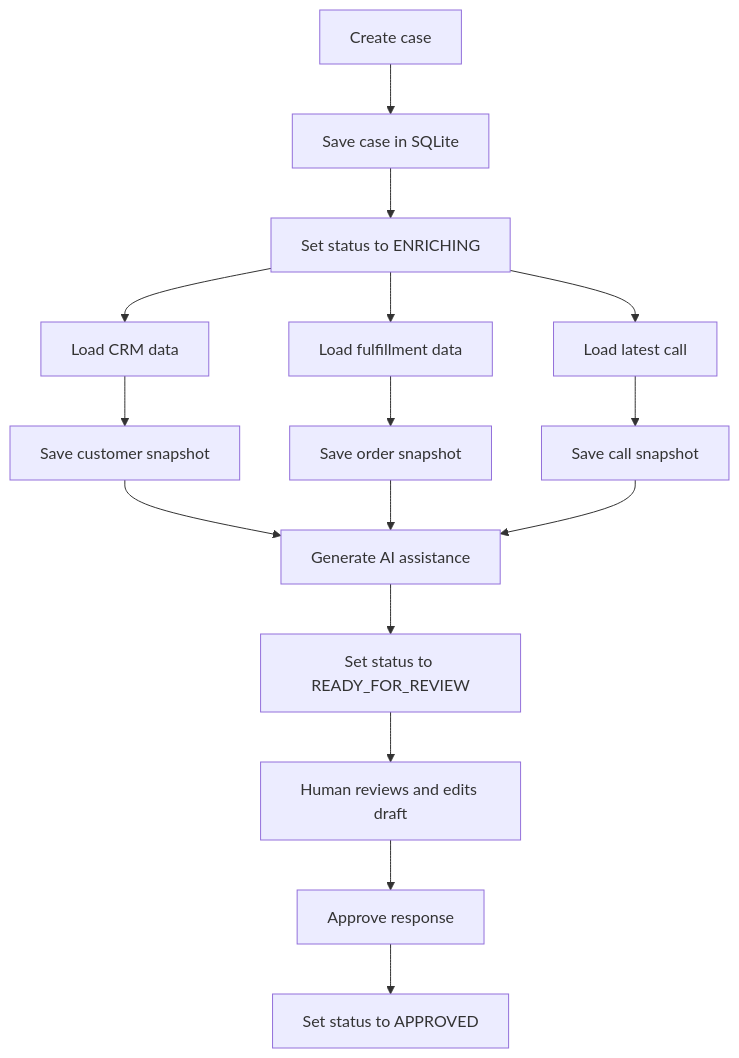
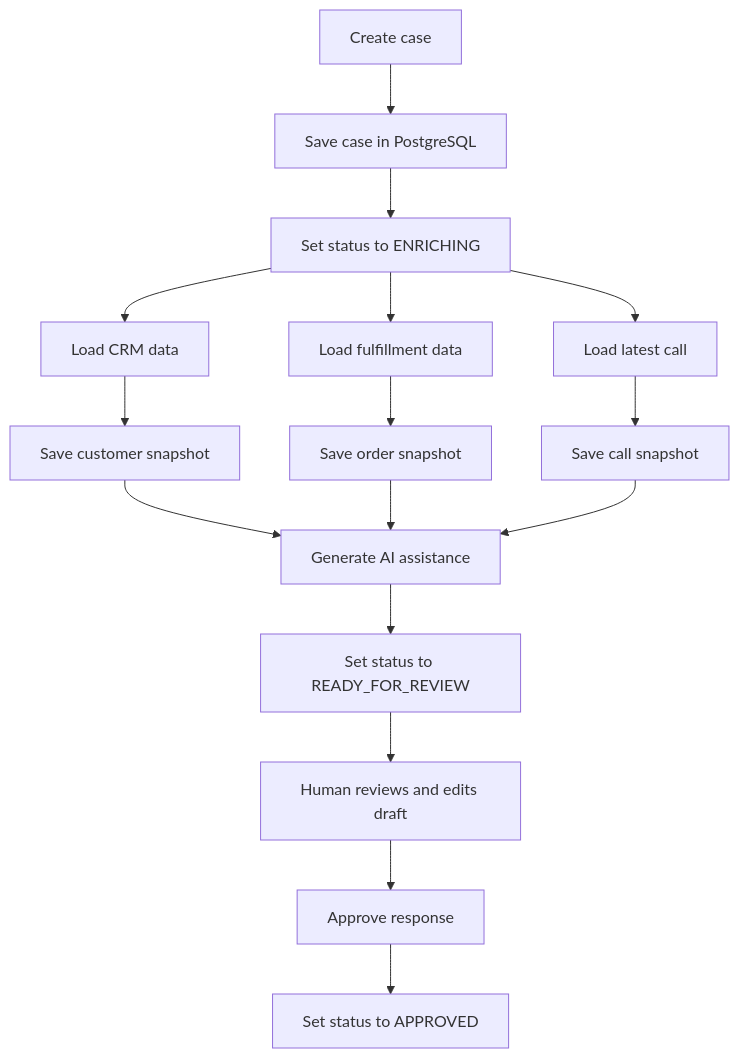
Before and after one commit to igalVilensky/opsbridge: the diagram in README.md, drawn with Mermaid. The commit also changed other lines of this file and 18 other files, not shown here.

First line of the commit message:
feat: migrate database from SQLite to PostgreSQL

````diff
--- a/README.md
+++ b/README.md
@@ -51,18 +51,18 @@
 ```mermaid
 flowchart TD
-    A[Create case] --> B[Save case in SQLite]
+    A[Create case] --> B[Save case in PostgreSQL]
     B --> C[Set status to ENRICHING]
     C --> D[Load CRM data]
     C --> E[Load fulfillment data]
     C --> F[Load latest call]
     D --> G[Save customer snapshot]
     E --> H[Save order snapshot]
     F --> I[Save call snapshot]
     G --> J[Generate AI assistance]
     H --> J
     I --> J
     J --> K[Set status to READY_FOR_REVIEW]
     K --> L[Human reviews and edits draft]
     L --> M[Approve response]
     M --> N[Set status to APPROVED]
 ```
````
